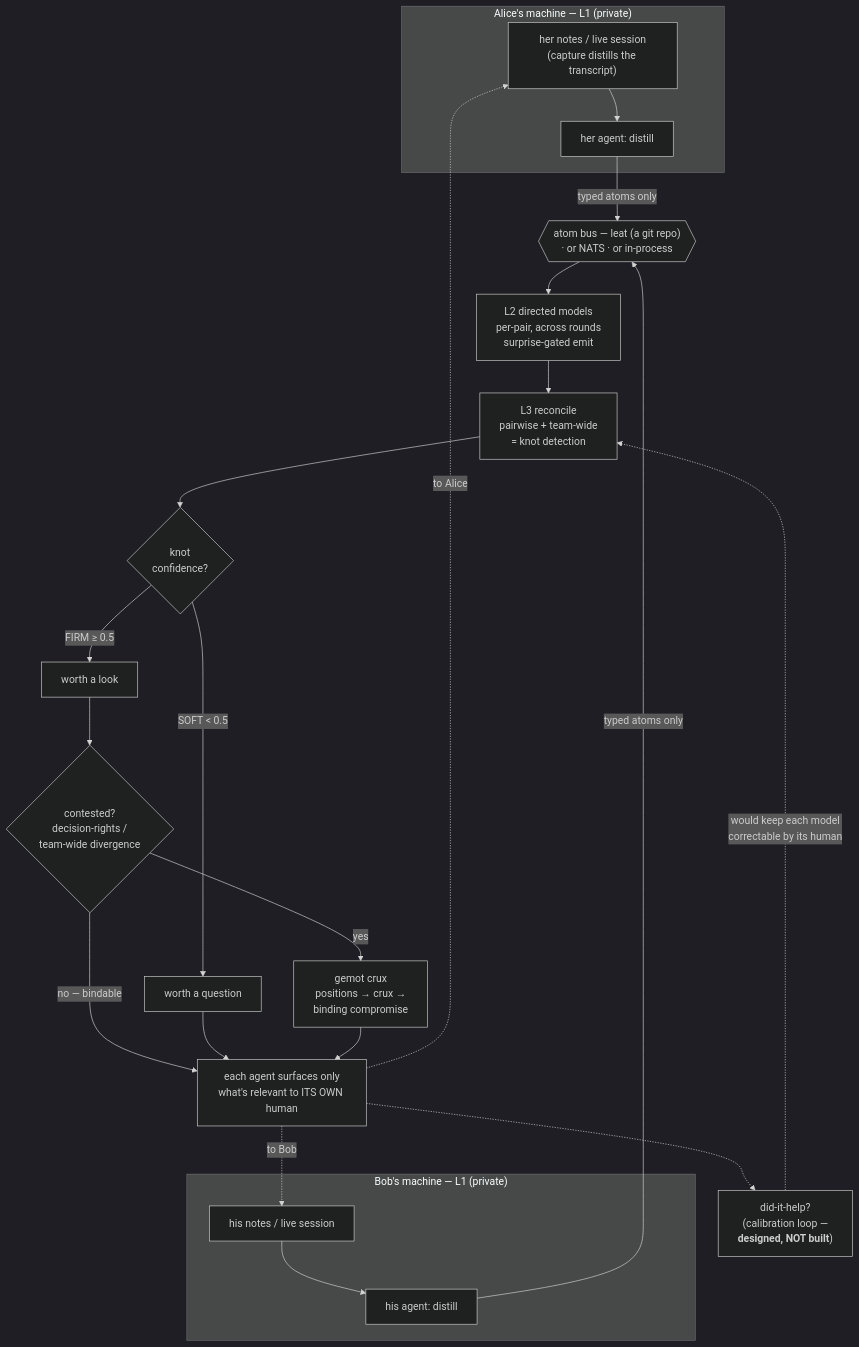
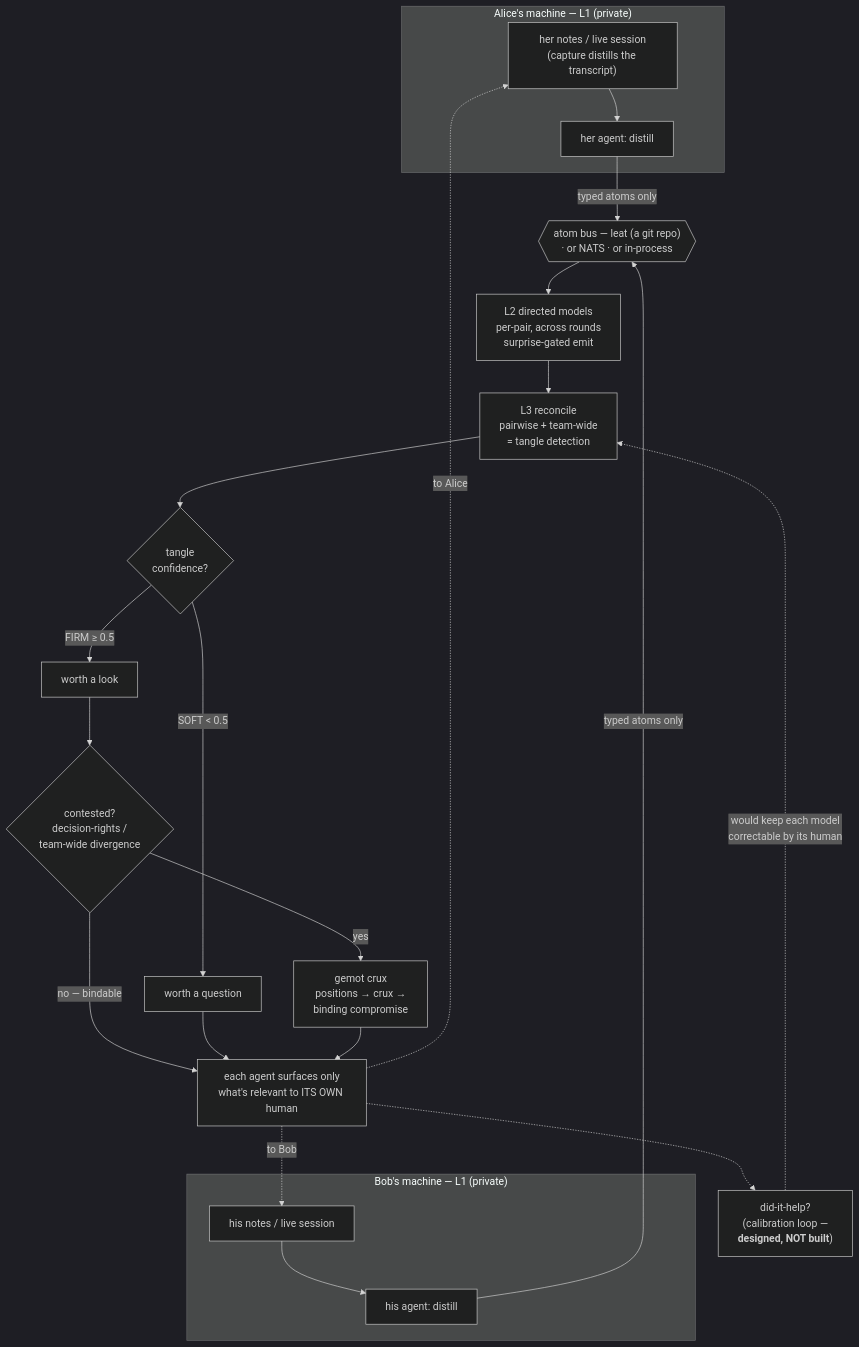
One commit to justinstimatze/ettle changed the first of 2 diagrams in README.md. Above: the diagram before and after it, drawn with Mermaid (dark theme). The commit also changed other lines of this file and 61 other files, not shown here.

````diff
--- a/README.md
+++ b/README.md
@@ -24,27 +24,27 @@
 ```mermaid
 flowchart TB
     subgraph A["Alice's machine — L1 (private)"]
         AN["her notes / live session<br/>(capture distills the transcript)"] --> AD["her agent: distill"]
     end
     subgraph B["Bob's machine — L1 (private)"]
         BN["his notes / live session"] --> BD["his agent: distill"]
     end
     AD -- "typed atoms only" --> BUS
     BD -- "typed atoms only" --> BUS
     BUS{{"atom bus — leat (a git repo)<br/>· or NATS · or in-process"}}
     BUS --> L2["L2 directed models<br/>per-pair, across rounds<br/>surprise-gated emit"]
-    L2 --> RC["L3 reconcile<br/>pairwise + team-wide<br/>= knot detection"]
-    RC --> CONF{"knot<br/>confidence?"}
+    L2 --> RC["L3 reconcile<br/>pairwise + team-wide<br/>= tangle detection"]
+    RC --> CONF{"tangle<br/>confidence?"}
     CONF -- "FIRM &ge; 0.5" --> FIRM["worth a look"]
     CONF -- "SOFT &lt; 0.5" --> SOFT["worth a question"]
     FIRM --> CONTEST{"contested?<br/>decision-rights /<br/>team-wide divergence"}
     CONTEST -- "no — bindable" --> SURF
     CONTEST -- "yes" --> GEMOT["gemot crux<br/>positions &rarr; crux &rarr;<br/>binding compromise"]
     SOFT --> SURF
     GEMOT --> SURF
     SURF["each agent surfaces only<br/>what's relevant to ITS OWN human"]
     SURF -. "to Alice" .-> AN
     SURF -. "to Bob" .-> BN
     SURF -.-> CAL["did-it-help?<br/>(calibration loop —<br/><b>designed, NOT built</b>)"]
     CAL -. "would keep each model<br/>correctable by its human" .-> RC
 ```
````
